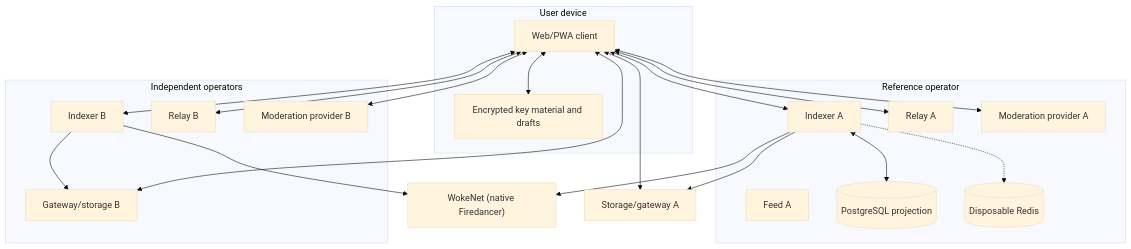
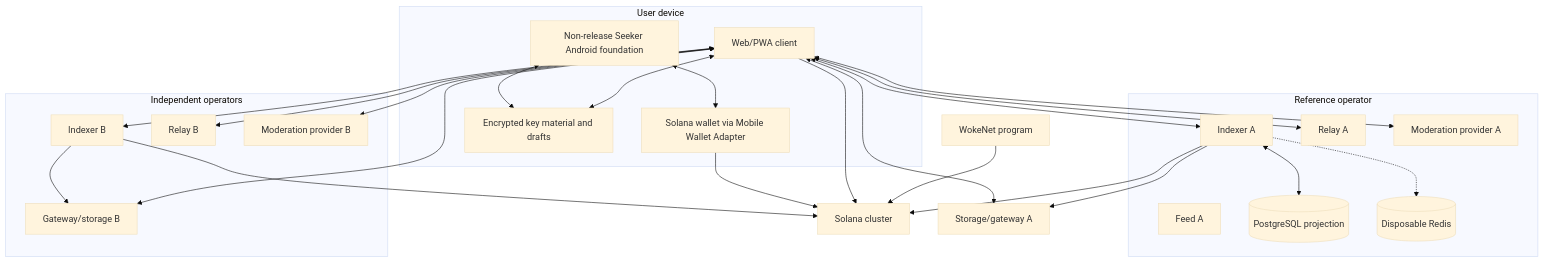
One commit to droolson/wetdrool changed the sixth of 6 diagrams in docs/ARCHITECTURE.md. Above: the diagram before and after it, drawn with Mermaid (base theme). The commit also changed other lines of this file and 163 other files, not shown here.

Commit message:
feat(wokesocial): pivot WokeNet to Solana and add Seeker client

````diff
--- a/docs/ARCHITECTURE.md
+++ b/docs/ARCHITECTURE.md
@@ -548,42 +558,50 @@
 ```mermaid
 flowchart TB
     subgraph UserDevice["User device"]
         Web["Web/PWA client"]
+        Seeker["Non-release Seeker Android foundation"]
+        Wallet["Solana wallet via Mobile Wallet Adapter"]
         LocalKeys["Encrypted key material and drafts"]
     end
 
     subgraph OperatorA["Reference operator"]
         IndexerA["Indexer A"]
         RelayA["Relay A"]
         FeedA["Feed A"]
         ModerationA["Moderation provider A"]
         PgA[("PostgreSQL projection")]
         RedisA[("Disposable Redis")]
     end
 
     subgraph Independent["Independent operators"]
         IndexerB["Indexer B"]
         RelayB["Relay B"]
         GatewayB["Gateway/storage B"]
         ModerationB["Moderation provider B"]
     end
 
-    WokeNet["WokeNet (native Firedancer)"]
+    Solana["Solana cluster"]
+    WokeNet["WokeNet program"]
     StorageA["Storage/gateway A"]
 
     Web <--> LocalKeys
+    Seeker <--> LocalKeys
+    Seeker <--> Wallet
     Web <--> IndexerA
     Web <--> IndexerB
     Web <--> RelayA
     Web <--> RelayB
     Web <--> ModerationA
     Web <--> ModerationB
     Web <--> StorageA
     Web <--> GatewayB
     IndexerA <--> PgA
     IndexerA -.-> RedisA
-    IndexerA --> WokeNet
-    IndexerB --> WokeNet
+    WokeNet --> Solana
+    Web --> Solana
+    Wallet --> Solana
+    IndexerA --> Solana
+    IndexerB --> Solana
     IndexerA --> StorageA
     IndexerB --> GatewayB
 ```
````
